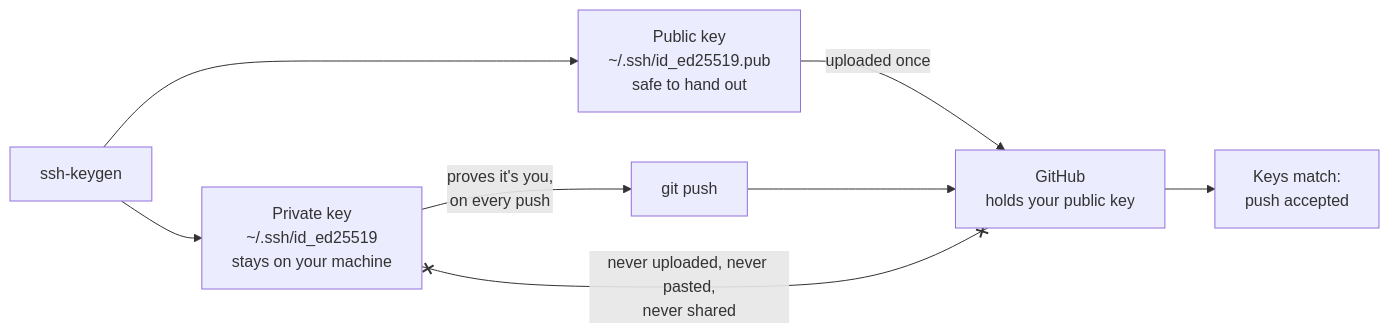
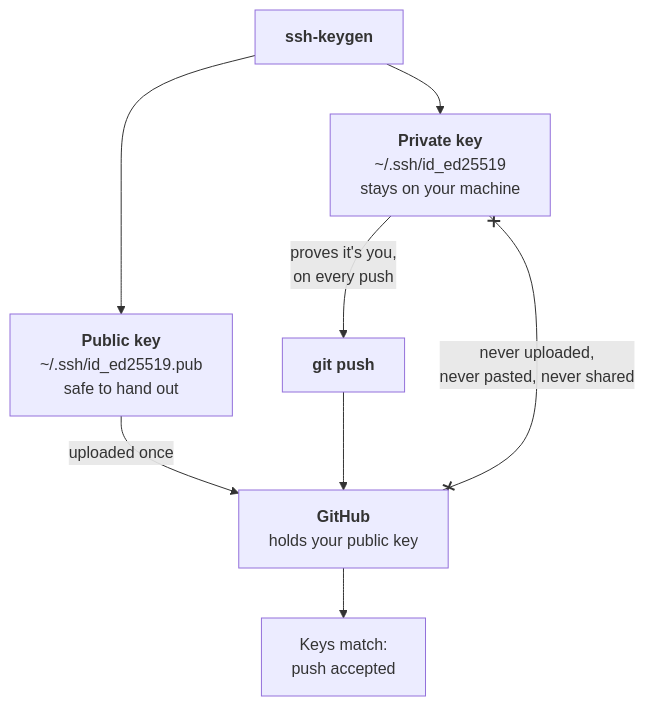
One commit to rioffe/intro_to_ai_software_engineering changed the second of 2 diagrams in manuscript/01-orientation.md. Above: the diagram before and after it, drawn with Mermaid. The commit also changed 17 other files, not shown here.

First line of the commit message:
Diagram readability pass, and keep diagrams with their intro sentence

````diff
--- a/manuscript/01-orientation.md
+++ b/manuscript/01-orientation.md
@@ -163,13 +163,13 @@
 ```mermaid
-flowchart LR
-    KEYGEN["ssh-keygen"]
-    KEYGEN --> PRIV["Private key<br/>~/.ssh/id_ed25519<br/>stays on your machine"]
-    KEYGEN --> PUB["Public key<br/>~/.ssh/id_ed25519.pub<br/>safe to hand out"]
+flowchart TD
+    KEYGEN["<b>ssh-keygen</b>"]
+    KEYGEN --> PRIV["<b>Private key</b><br/>~/.ssh/id_ed25519<br/>stays on your machine"]
+    KEYGEN --> PUB["<b>Public key</b><br/>~/.ssh/id_ed25519.pub<br/>safe to hand out"]
 
-    PUB -->|"uploaded once"| GH["GitHub<br/>holds your public key"]
-    PRIV -->|"proves it's you,<br/>on every push"| PUSH["git push"]
+    PUB -->|"uploaded once"| GH["<b>GitHub</b><br/>holds your public key"]
+    PRIV -->|"proves it's you,<br/>on every push"| PUSH["<b>git push</b>"]
     PUSH --> GH
     GH --> OK["Keys match:<br/>push accepted"]
 
-    PRIV x--x|"never uploaded, never pasted,<br/>never shared"| GH
+    PRIV x--x|"never uploaded,<br/>never pasted, never shared"| GH
 ```
````
